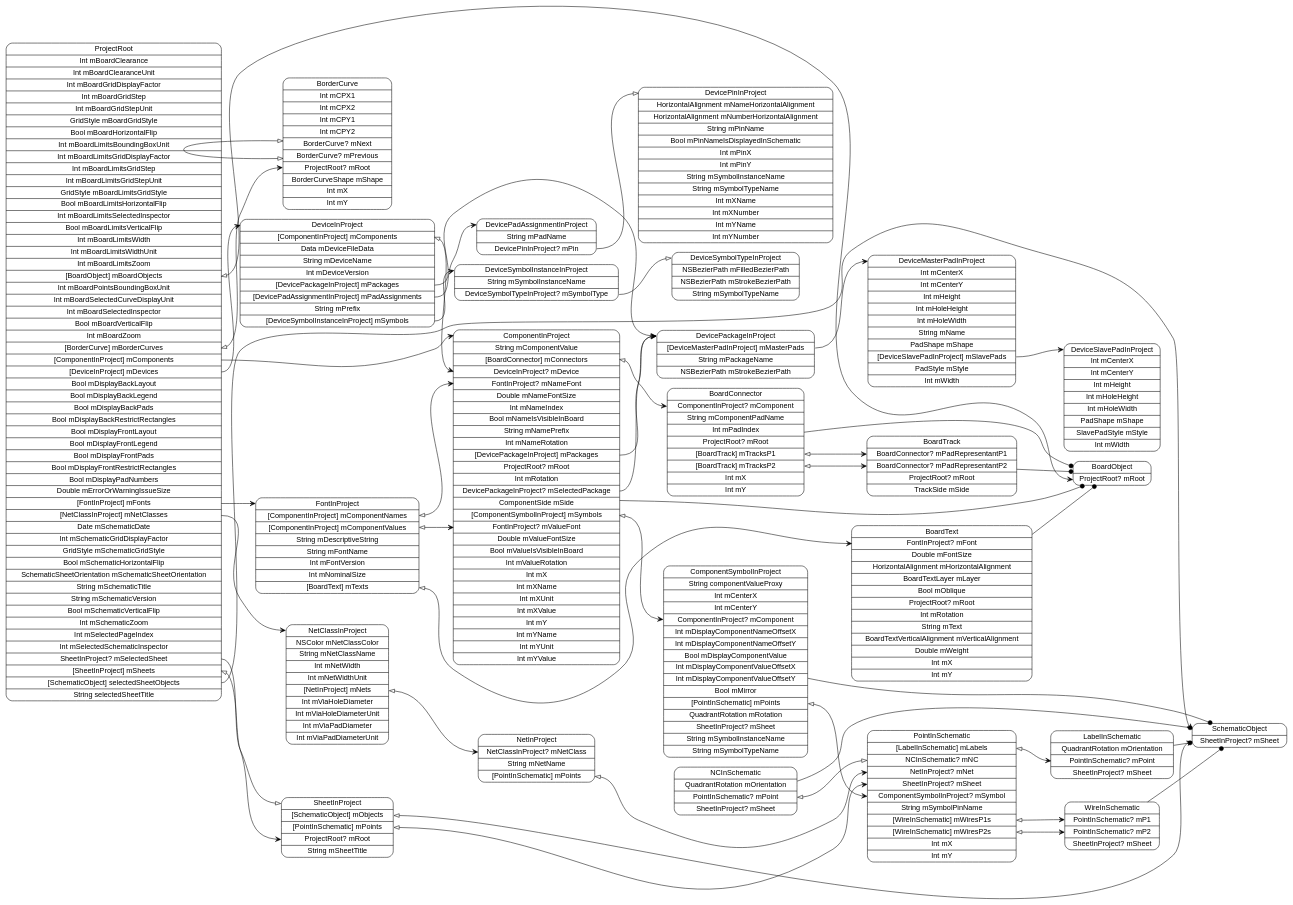
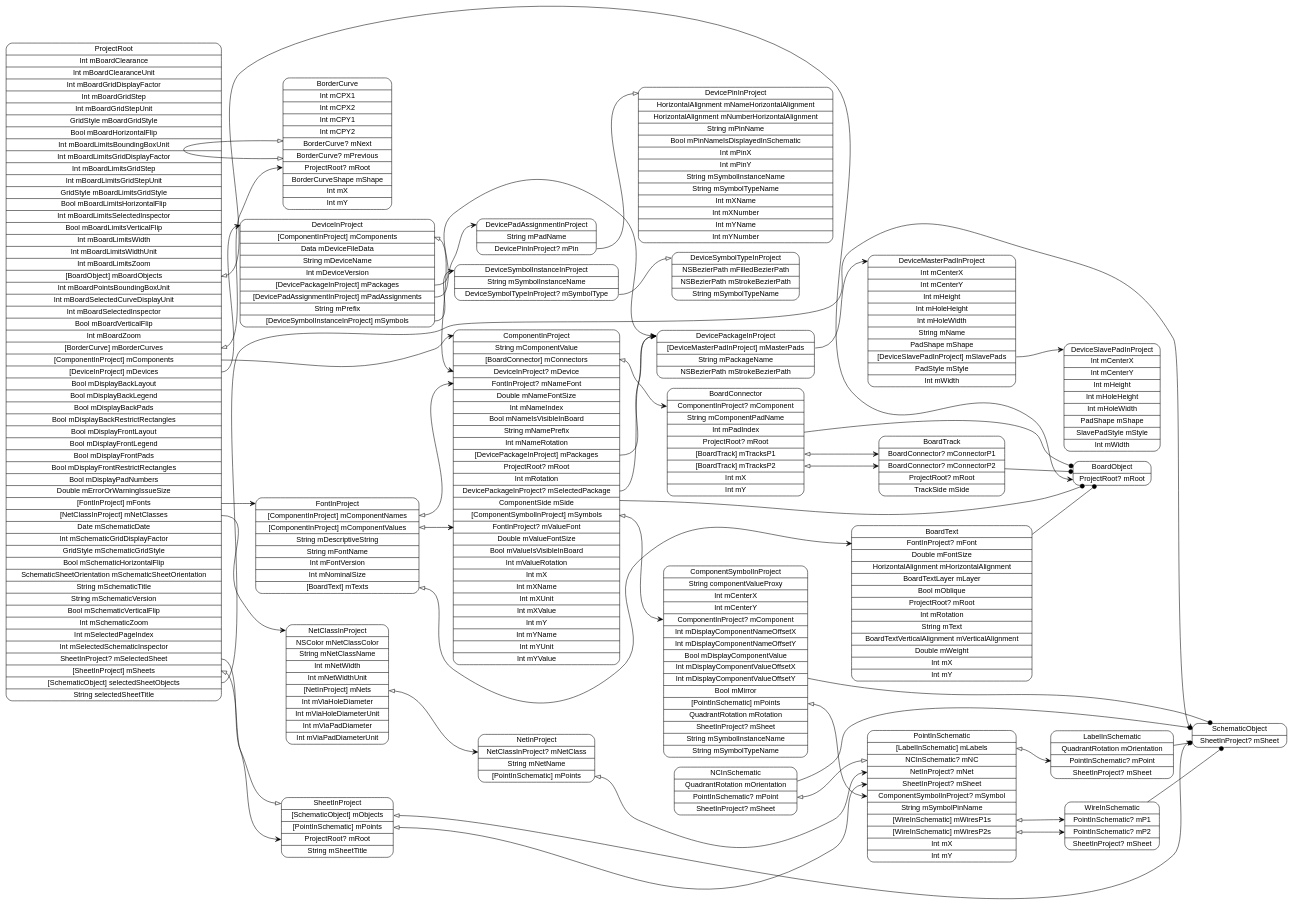
Before and after one commit to pierremolinaro/ElCanari-dev: the diagram in models/ProjectRoot.dot, drawn with Graphviz. The commit also changed 34 other files, not shown here.

Commit message:
Starting Track in Board

```diff
--- a/models/ProjectRoot.dot
+++ b/models/ProjectRoot.dot
@@ -1,73 +1,73 @@
 digraph G {
   rankdir=LR ;
   node [shape=record fontname=helvetica style=rounded] ;
   ProjectRoot[label="<ProjectRoot>ProjectRoot|Int mBoardClearance|Int mBoardClearanceUnit|Int mBoardGridDisplayFactor|Int mBoardGridStep|Int mBoardGridStepUnit|GridStyle mBoardGridStyle|Bool mBoardHorizontalFlip|Int mBoardLimitsBoundingBoxUnit|Int mBoardLimitsGridDisplayFactor|Int mBoardLimitsGridStep|Int mBoardLimitsGridStepUnit|GridStyle mBoardLimitsGridStyle|Bool mBoardLimitsHorizontalFlip|Int mBoardLimitsSelectedInspector|Bool mBoardLimitsVerticalFlip|Int mBoardLimitsWidth|Int mBoardLimitsWidthUnit|Int mBoardLimitsZoom|<mBoardObjects>[BoardObject] mBoardObjects|Int mBoardPointsBoundingBoxUnit|Int mBoardSelectedCurveDisplayUnit|Int mBoardSelectedInspector|Bool mBoardVerticalFlip|Int mBoardZoom|<mBorderCurves>[BorderCurve] mBorderCurves|<mComponents>[ComponentInProject] mComponents|<mDevices>[DeviceInProject] mDevices|Bool mDisplayBackLayout|Bool mDisplayBackLegend|Bool mDisplayBackPads|Bool mDisplayBackRestrictRectangles|Bool mDisplayFrontLayout|Bool mDisplayFrontLegend|Bool mDisplayFrontPads|Bool mDisplayFrontRestrictRectangles|Bool mDisplayPadNumbers|Double mErrorOrWarningIssueSize|<mFonts>[FontInProject] mFonts|<mNetClasses>[NetClassInProject] mNetClasses|Date mSchematicDate|Int mSchematicGridDisplayFactor|GridStyle mSchematicGridStyle|Bool mSchematicHorizontalFlip|SchematicSheetOrientation mSchematicSheetOrientation|String mSchematicTitle|String mSchematicVersion|Bool mSchematicVerticalFlip|Int mSchematicZoom|Int mSelectedPageIndex|Int mSelectedSchematicInspector|<mSelectedSheet>SheetInProject? mSelectedSheet|<mSheets>[SheetInProject] mSheets|<selectedSheetObjects>[SchematicObject] selectedSheetObjects|String selectedSheetTitle"] ;
   SchematicObject[label="<SchematicObject>SchematicObject|<mSheet>SheetInProject? mSheet"] ;
   SheetInProject[label="<SheetInProject>SheetInProject|<mObjects>[SchematicObject] mObjects|<mPoints>[PointInSchematic] mPoints|<mRoot>ProjectRoot? mRoot|String mSheetTitle"] ;
   PointInSchematic[label="<PointInSchematic>PointInSchematic|<mLabels>[LabelInSchematic] mLabels|<mNC>NCInSchematic? mNC|<mNet>NetInProject? mNet|<mSheet>SheetInProject? mSheet|<mSymbol>ComponentSymbolInProject? mSymbol|String mSymbolPinName|<mWiresP1s>[WireInSchematic] mWiresP1s|<mWiresP2s>[WireInSchematic] mWiresP2s|Int mX|Int mY"] ;
   WireInSchematic[label="<WireInSchematic>WireInSchematic|<mP1>PointInSchematic? mP1|<mP2>PointInSchematic? mP2|<mSheet>SheetInProject? mSheet"] ;
   NCInSchematic[label="<NCInSchematic>NCInSchematic|QuadrantRotation mOrientation|<mPoint>PointInSchematic? mPoint|<mSheet>SheetInProject? mSheet"] ;
   LabelInSchematic[label="<LabelInSchematic>LabelInSchematic|QuadrantRotation mOrientation|<mPoint>PointInSchematic? mPoint|<mSheet>SheetInProject? mSheet"] ;
   NetClassInProject[label="<NetClassInProject>NetClassInProject|NSColor mNetClassColor|String mNetClassName|Int mNetWidth|Int mNetWidthUnit|<mNets>[NetInProject] mNets|Int mViaHoleDiameter|Int mViaHoleDiameterUnit|Int mViaPadDiameter|Int mViaPadDiameterUnit"] ;
   NetInProject[label="<NetInProject>NetInProject|<mNetClass>NetClassInProject? mNetClass|String mNetName|<mPoints>[PointInSchematic] mPoints"] ;
   FontInProject[label="<FontInProject>FontInProject|<mComponentNames>[ComponentInProject] mComponentNames|<mComponentValues>[ComponentInProject] mComponentValues|String mDescriptiveString|String mFontName|Int mFontVersion|Int mNominalSize|<mTexts>[BoardText] mTexts"] ;
   BoardText[label="<BoardText>BoardText|<mFont>FontInProject? mFont|Double mFontSize|HorizontalAlignment mHorizontalAlignment|BoardTextLayer mLayer|Bool mOblique|<mRoot>ProjectRoot? mRoot|Int mRotation|String mText|BoardTextVerticalAlignment mVerticalAlignment|Double mWeight|Int mX|Int mY"] ;
   DeviceInProject[label="<DeviceInProject>DeviceInProject|<mComponents>[ComponentInProject] mComponents|Data mDeviceFileData|String mDeviceName|Int mDeviceVersion|<mPackages>[DevicePackageInProject] mPackages|<mPadAssignments>[DevicePadAssignmentInProject] mPadAssignments|String mPrefix|<mSymbols>[DeviceSymbolInstanceInProject] mSymbols"] ;
   DeviceSymbolInstanceInProject[label="<DeviceSymbolInstanceInProject>DeviceSymbolInstanceInProject|String mSymbolInstanceName|<mSymbolType>DeviceSymbolTypeInProject? mSymbolType"] ;
   DeviceSymbolTypeInProject[label="<DeviceSymbolTypeInProject>DeviceSymbolTypeInProject|NSBezierPath mFilledBezierPath|NSBezierPath mStrokeBezierPath|String mSymbolTypeName"] ;
   DevicePadAssignmentInProject[label="<DevicePadAssignmentInProject>DevicePadAssignmentInProject|String mPadName|<mPin>DevicePinInProject? mPin"] ;
   DevicePinInProject[label="<DevicePinInProject>DevicePinInProject|HorizontalAlignment mNameHorizontalAlignment|HorizontalAlignment mNumberHorizontalAlignment|String mPinName|Bool mPinNameIsDisplayedInSchematic|Int mPinX|Int mPinY|String mSymbolInstanceName|String mSymbolTypeName|Int mXName|Int mXNumber|Int mYName|Int mYNumber"] ;
   DevicePackageInProject[label="<DevicePackageInProject>DevicePackageInProject|<mMasterPads>[DeviceMasterPadInProject] mMasterPads|String mPackageName|NSBezierPath mStrokeBezierPath"] ;
   DeviceMasterPadInProject[label="<DeviceMasterPadInProject>DeviceMasterPadInProject|Int mCenterX|Int mCenterY|Int mHeight|Int mHoleHeight|Int mHoleWidth|String mName|PadShape mShape|<mSlavePads>[DeviceSlavePadInProject] mSlavePads|PadStyle mStyle|Int mWidth"] ;
   DeviceSlavePadInProject[label="<DeviceSlavePadInProject>DeviceSlavePadInProject|Int mCenterX|Int mCenterY|Int mHeight|Int mHoleHeight|Int mHoleWidth|PadShape mShape|SlavePadStyle mStyle|Int mWidth"] ;
   ComponentInProject[label="<ComponentInProject>ComponentInProject|String mComponentValue|<mConnectors>[BoardConnector] mConnectors|<mDevice>DeviceInProject? mDevice|<mNameFont>FontInProject? mNameFont|Double mNameFontSize|Int mNameIndex|Bool mNameIsVisibleInBoard|String mNamePrefix|Int mNameRotation|<mPackages>[DevicePackageInProject] mPackages|<mRoot>ProjectRoot? mRoot|Int mRotation|<mSelectedPackage>DevicePackageInProject? mSelectedPackage|ComponentSide mSide|<mSymbols>[ComponentSymbolInProject] mSymbols|<mValueFont>FontInProject? mValueFont|Double mValueFontSize|Bool mValueIsVisibleInBoard|Int mValueRotation|Int mX|Int mXName|Int mXUnit|Int mXValue|Int mY|Int mYName|Int mYUnit|Int mYValue"] ;
   ComponentSymbolInProject[label="<ComponentSymbolInProject>ComponentSymbolInProject|String componentValueProxy|Int mCenterX|Int mCenterY|<mComponent>ComponentInProject? mComponent|Int mDisplayComponentNameOffsetX|Int mDisplayComponentNameOffsetY|Bool mDisplayComponentValue|Int mDisplayComponentValueOffsetX|Int mDisplayComponentValueOffsetY|Bool mMirror|<mPoints>[PointInSchematic] mPoints|QuadrantRotation mRotation|<mSheet>SheetInProject? mSheet|String mSymbolInstanceName|String mSymbolTypeName"] ;
   BoardConnector[label="<BoardConnector>BoardConnector|<mComponent>ComponentInProject? mComponent|String mComponentPadName|Int mPadIndex|<mRoot>ProjectRoot? mRoot|<mTracksP1>[BoardTrack] mTracksP1|<mTracksP2>[BoardTrack] mTracksP2|Int mX|Int mY"] ;
-  BoardTrack[label="<BoardTrack>BoardTrack|<mPadRepresentantP1>BoardConnector? mPadRepresentantP1|<mPadRepresentantP2>BoardConnector? mPadRepresentantP2|<mRoot>ProjectRoot? mRoot|TrackSide mSide"] ;
+  BoardTrack[label="<BoardTrack>BoardTrack|<mConnectorP1>BoardConnector? mConnectorP1|<mConnectorP2>BoardConnector? mConnectorP2|<mRoot>ProjectRoot? mRoot|TrackSide mSide"] ;
   BorderCurve[label="<BorderCurve>BorderCurve|Int mCPX1|Int mCPX2|Int mCPY1|Int mCPY2|<mNext>BorderCurve? mNext|<mPrevious>BorderCurve? mPrevious|<mRoot>ProjectRoot? mRoot|BorderCurveShape mShape|Int mX|Int mY"] ;
   BoardObject[label="<BoardObject>BoardObject|<mRoot>ProjectRoot? mRoot"] ;
   ProjectRoot:mBoardObjects -> BoardObject:mRoot [dir=both arrowtail=onormal arrowhead=vee] ;
   ProjectRoot:mBorderCurves -> BorderCurve:mRoot [dir=both arrowtail=onormal arrowhead=vee] ;
   ProjectRoot:mComponents -> ComponentInProject:ComponentInProject [dir=both arrowtail=none arrowhead=vee] ;
   ProjectRoot:mDevices -> DeviceInProject:DeviceInProject [dir=both arrowtail=none arrowhead=vee] ;
   ProjectRoot:mFonts -> FontInProject:FontInProject [dir=both arrowtail=none arrowhead=vee] ;
   ProjectRoot:mNetClasses -> NetClassInProject:NetClassInProject [dir=both arrowtail=none arrowhead=vee] ;
   ProjectRoot:mSelectedSheet -> SheetInProject:SheetInProject [dir=both arrowtail=none arrowhead=onormal] ;
   ProjectRoot:mSheets -> SheetInProject:mRoot [dir=both arrowtail=onormal arrowhead=vee] ;
   ProjectRoot:selectedSheetObjects -> SchematicObject:SchematicObject [dir=both arrowtail=none arrowhead=vee] ;
   SheetInProject:mObjects -> SchematicObject:mSheet [dir=both arrowtail=onormal arrowhead=vee] ;
   SheetInProject:mPoints -> PointInSchematic:mSheet [dir=both arrowtail=onormal arrowhead=vee] ;
   PointInSchematic:mLabels -> LabelInSchematic:mPoint [dir=both arrowtail=onormal arrowhead=vee] ;
   PointInSchematic:mWiresP1s -> WireInSchematic:mP1 [dir=both arrowtail=onormal arrowhead=vee] ;
   PointInSchematic:mWiresP2s -> WireInSchematic:mP2 [dir=both arrowtail=onormal arrowhead=vee] ;
   WireInSchematic -> SchematicObject [arrowhead=dot] ;
   NCInSchematic -> SchematicObject [arrowhead=dot] ;
   NCInSchematic:mPoint -> PointInSchematic:mNC [dir=both arrowtail=onormal arrowhead=onormal] ;
   LabelInSchematic -> SchematicObject [arrowhead=dot] ;
   NetClassInProject:mNets -> NetInProject:mNetClass [dir=both arrowtail=onormal arrowhead=vee] ;
   NetInProject:mPoints -> PointInSchematic:mNet [dir=both arrowtail=onormal arrowhead=vee] ;
   FontInProject:mComponentNames -> ComponentInProject:mNameFont [dir=both arrowtail=onormal arrowhead=vee] ;
   FontInProject:mComponentValues -> ComponentInProject:mValueFont [dir=both arrowtail=onormal arrowhead=vee] ;
   FontInProject:mTexts -> BoardText:mFont [dir=both arrowtail=onormal arrowhead=vee] ;
   BoardText -> BoardObject [arrowhead=dot] ;
   DeviceInProject:mComponents -> ComponentInProject:mDevice [dir=both arrowtail=onormal arrowhead=vee] ;
   DeviceInProject:mPackages -> DevicePackageInProject:DevicePackageInProject [dir=both arrowtail=none arrowhead=vee] ;
   DeviceInProject:mPadAssignments -> DevicePadAssignmentInProject:DevicePadAssignmentInProject [dir=both arrowtail=none arrowhead=vee] ;
   DeviceInProject:mSymbols -> DeviceSymbolInstanceInProject:DeviceSymbolInstanceInProject [dir=both arrowtail=none arrowhead=vee] ;
   DeviceSymbolInstanceInProject:mSymbolType -> DeviceSymbolTypeInProject:DeviceSymbolTypeInProject [dir=both arrowtail=none arrowhead=onormal] ;
   DevicePadAssignmentInProject:mPin -> DevicePinInProject:DevicePinInProject [dir=both arrowtail=none arrowhead=onormal] ;
   DevicePackageInProject:mMasterPads -> DeviceMasterPadInProject:DeviceMasterPadInProject [dir=both arrowtail=none arrowhead=vee] ;
   DeviceMasterPadInProject:mSlavePads -> DeviceSlavePadInProject:DeviceSlavePadInProject [dir=both arrowtail=none arrowhead=vee] ;
   ComponentInProject -> BoardObject [arrowhead=dot] ;
   ComponentInProject:mConnectors -> BoardConnector:mComponent [dir=both arrowtail=onormal arrowhead=vee] ;
   ComponentInProject:mPackages -> DevicePackageInProject:DevicePackageInProject [dir=both arrowtail=none arrowhead=vee] ;
   ComponentInProject:mSelectedPackage -> DevicePackageInProject:DevicePackageInProject [dir=both arrowtail=none arrowhead=onormal] ;
   ComponentInProject:mSymbols -> ComponentSymbolInProject:mComponent [dir=both arrowtail=onormal arrowhead=vee] ;
   ComponentSymbolInProject -> SchematicObject [arrowhead=dot] ;
   ComponentSymbolInProject:mPoints -> PointInSchematic:mSymbol [dir=both arrowtail=onormal arrowhead=vee] ;
   BoardConnector -> BoardObject [arrowhead=dot] ;
-  BoardConnector:mTracksP1 -> BoardTrack:mPadRepresentantP1 [dir=both arrowtail=onormal arrowhead=vee] ;
-  BoardConnector:mTracksP2 -> BoardTrack:mPadRepresentantP2 [dir=both arrowtail=onormal arrowhead=vee] ;
+  BoardConnector:mTracksP1 -> BoardTrack:mConnectorP1 [dir=both arrowtail=onormal arrowhead=vee] ;
+  BoardConnector:mTracksP2 -> BoardTrack:mConnectorP2 [dir=both arrowtail=onormal arrowhead=vee] ;
   BoardTrack -> BoardObject [arrowhead=dot] ;
   BorderCurve:mPrevious -> BorderCurve:mNext [dir=both arrowtail=onormal arrowhead=onormal] ;
 }
```
